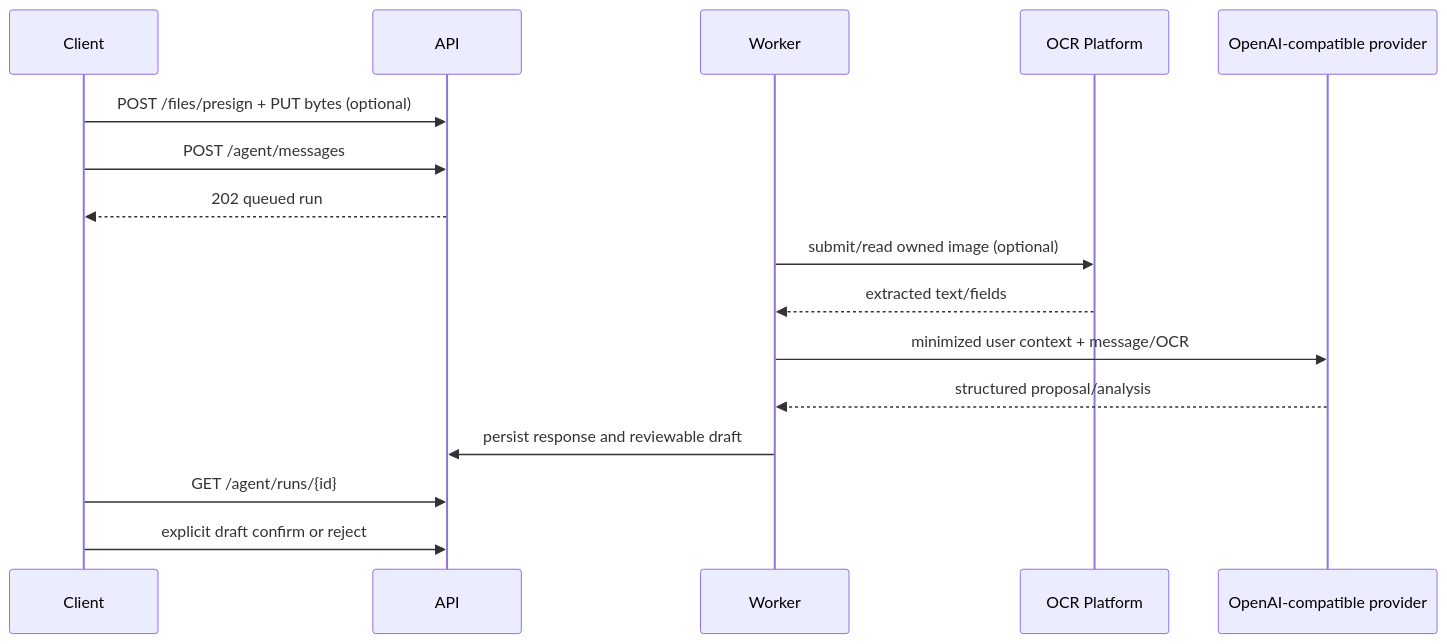
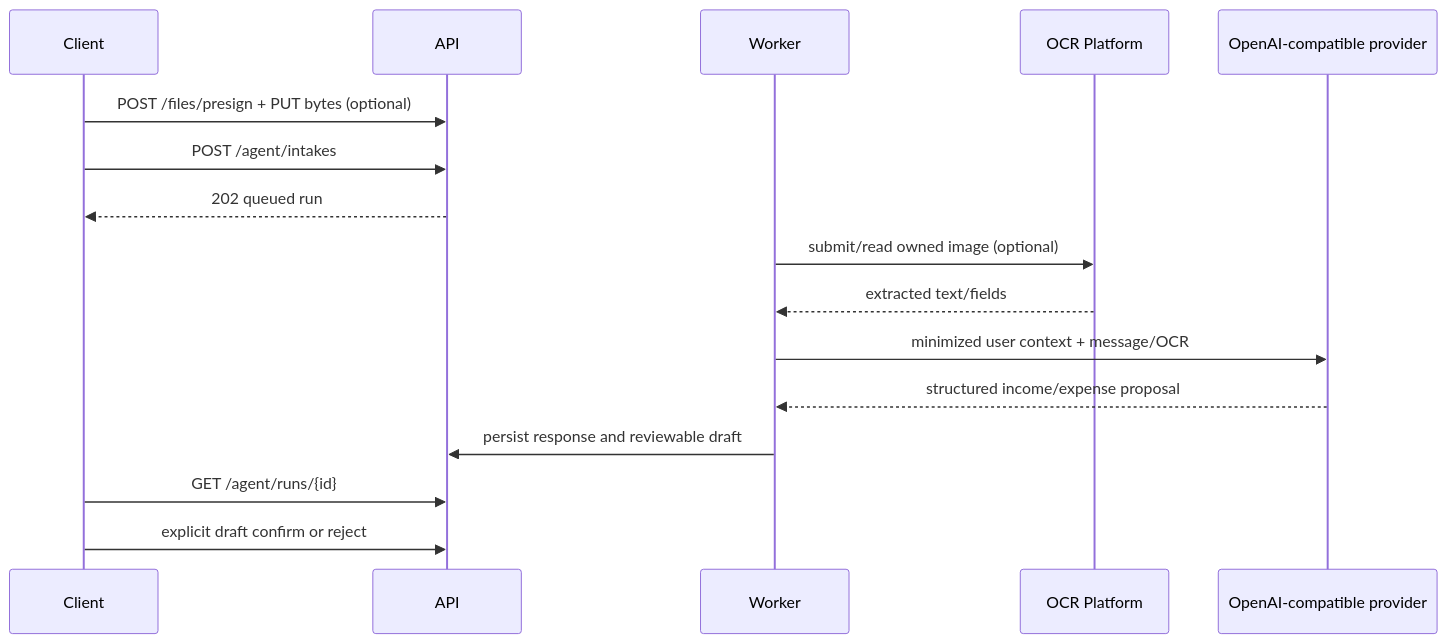
One commit to dungxbuif/MyPocket changed the diagram in frontend/docs/docs/guides/agent-and-images.mdx. Above: the diagram before and after it, drawn with Mermaid. The commit also changed other lines of this file and 98 other files, not shown here.

````diff
--- a/frontend/docs/docs/guides/agent-and-images.mdx
+++ b/frontend/docs/docs/guides/agent-and-images.mdx
@@ -9,18 +9,18 @@
 ```mermaid
 sequenceDiagram
   participant Client
   participant API
   participant Worker
   participant OCR as OCR Platform
   participant Model as OpenAI-compatible provider
   Client->>API: POST /files/presign + PUT bytes (optional)
-  Client->>API: POST /agent/messages
+  Client->>API: POST /agent/intakes
   API-->>Client: 202 queued run
   Worker->>OCR: submit/read owned image (optional)
   OCR-->>Worker: extracted text/fields
   Worker->>Model: minimized user context + message/OCR
-  Model-->>Worker: structured proposal/analysis
+  Model-->>Worker: structured income/expense proposal
   Worker->>API: persist response and reviewable draft
   Client->>API: GET /agent/runs/{id}
   Client->>API: explicit draft confirm or reject
 ```
````
